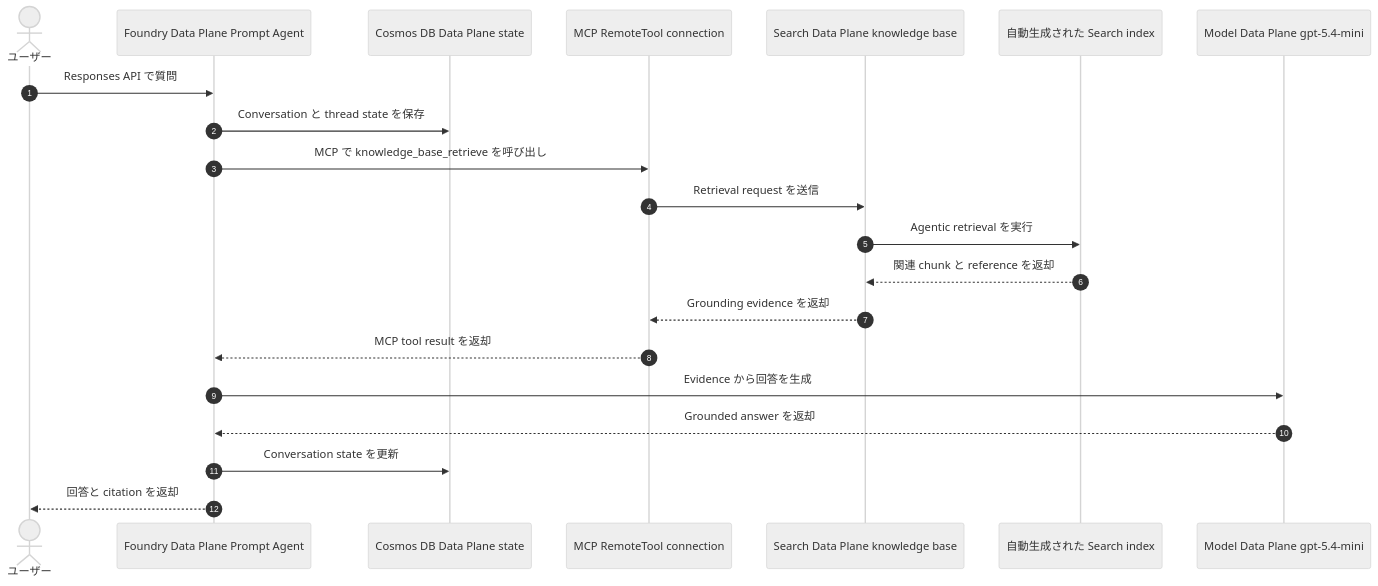
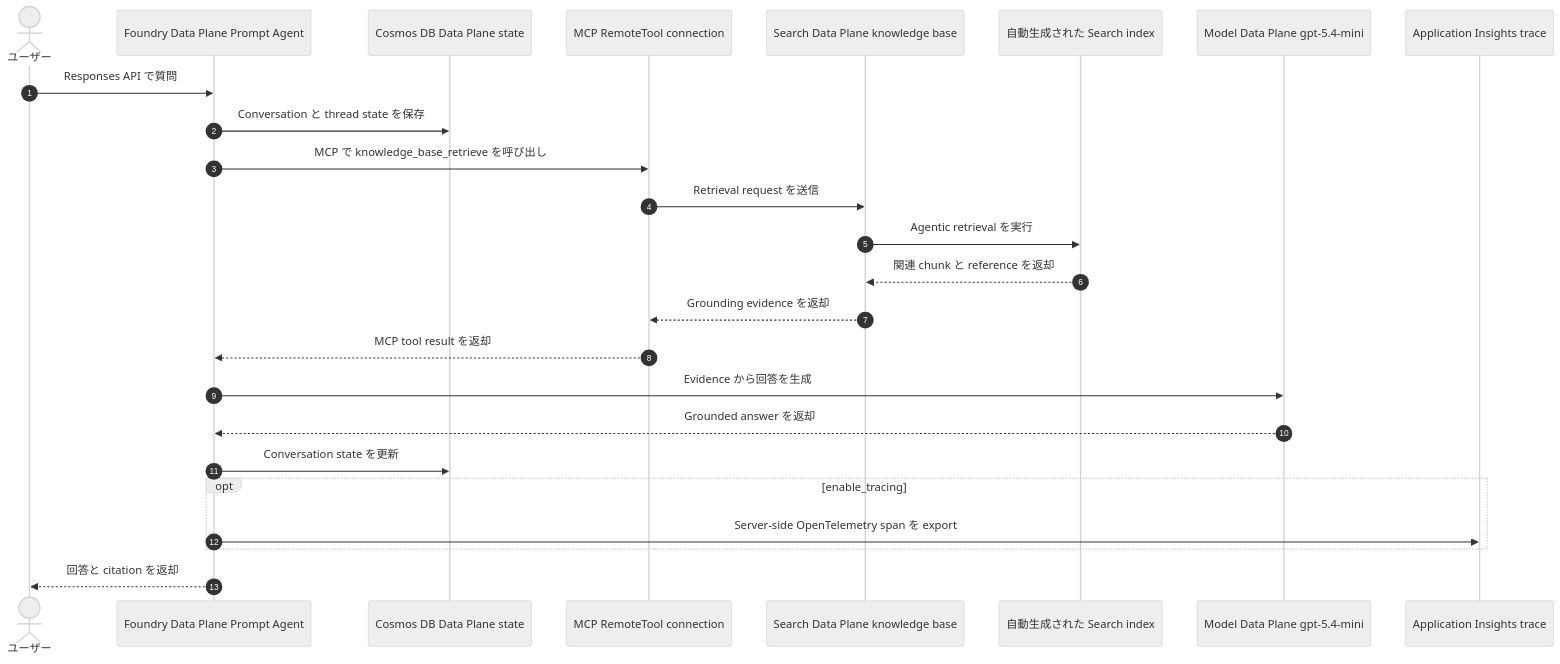
Before and after one commit to ks6088ts/template-terraform: the seventh of 7 diagrams in infra/scenarios/azure_microsoft_foundry/README.ja.md, drawn with Mermaid (neutral theme). The commit also changed other lines of this file and 10 other files, not shown here.

First line of the commit message:
feat: add server-side tracing for Foundry agent with Application Insights

````diff
--- a/infra/scenarios/azure_microsoft_foundry/README.ja.md
+++ b/infra/scenarios/azure_microsoft_foundry/README.ja.md
@@ -315,24 +347,28 @@
 ```mermaid
 sequenceDiagram
     autonumber
     actor User as ユーザー
     participant Agent as Foundry Data Plane Prompt Agent
     participant Cosmos as Cosmos DB Data Plane state
     participant Tool as MCP RemoteTool connection
     participant KB as Search Data Plane knowledge base
     participant Index as 自動生成された Search index
     participant Model as Model Data Plane gpt-5.4-mini
+    participant Monitor as Application Insights trace
 
     User->>Agent: Responses API で質問
     Agent->>Cosmos: Conversation と thread state を保存
     Agent->>Tool: MCP で knowledge_base_retrieve を呼び出し
     Tool->>KB: Retrieval request を送信
     KB->>Index: Agentic retrieval を実行
     Index-->>KB: 関連 chunk と reference を返却
     KB-->>Tool: Grounding evidence を返却
     Tool-->>Agent: MCP tool result を返却
     Agent->>Model: Evidence から回答を生成
     Model-->>Agent: Grounded answer を返却
     Agent->>Cosmos: Conversation state を更新
+    opt enable_tracing
+        Agent->>Monitor: Server-side OpenTelemetry span を export
+    end
     Agent-->>User: 回答と citation を返却
 ```
````
